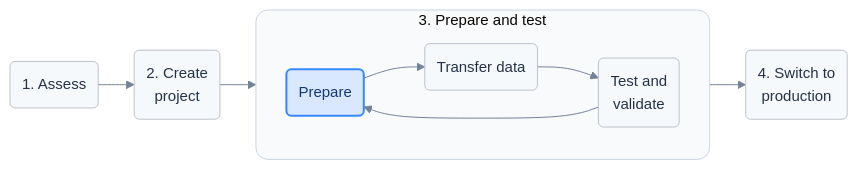
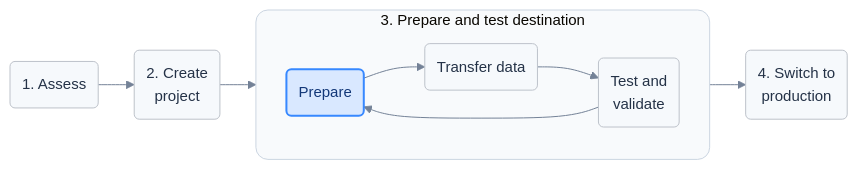
Before and after one commit to elastic/docs-content: the diagram in deploy-manage/images/serverless-migration-navigation-grouped-prepare.mmd, drawn with Mermaid. The commit also changed 10 other files, not shown here.

```diff
--- a/deploy-manage/images/serverless-migration-navigation-grouped-prepare.mmd
+++ b/deploy-manage/images/serverless-migration-navigation-grouped-prepare.mmd
@@ -1,36 +1,36 @@
 ---
 config:
   theme: base
   look: classic
   themeCSS: 'text, tspan, .nodeLabel, .cluster-label { font-family: Arial, sans-serif !important; } .node rect, .cluster rect { filter: none !important; }'
   flowchart:
     htmlLabels: false
     curve: basis
     nodeSpacing: 36
     rankSpacing: 36
     padding: 12
   themeVariables:
     fontFamily: Arial, sans-serif
     fontSize: 15px
     lineColor: '#748297'
 ---
 flowchart LR
     assess("1. Assess") --> create("2. Create<br/>project")
     create --> preparation
-    subgraph preparation["3. Prepare and test"]
+    subgraph preparation["3. Prepare and test destination"]
         direction LR
         prepare("Prepare")
         data("Transfer data")
         test("Test and<br/>validate")
         prepare --> data
         data --> test
         test --> prepare
     end
     preparation --> production("4. Switch to<br/>production")
     style assess fill:#f6f9fc,stroke:#bdc2ca,color:#243247
     style create fill:#f6f9fc,stroke:#bdc2ca,color:#243247
     style production fill:#f6f9fc,stroke:#bdc2ca,color:#243247
     style preparation fill:#f8fafc,stroke:#cbd5e1,rx:12,ry:12,color:#243247
     style prepare fill:#d9e8ff,stroke:#3788ff,stroke-width:2px,color:#123778
     style data fill:#f6f9fc,stroke:#bdc2ca,color:#243247
     style test fill:#f6f9fc,stroke:#bdc2ca,color:#243247
```
